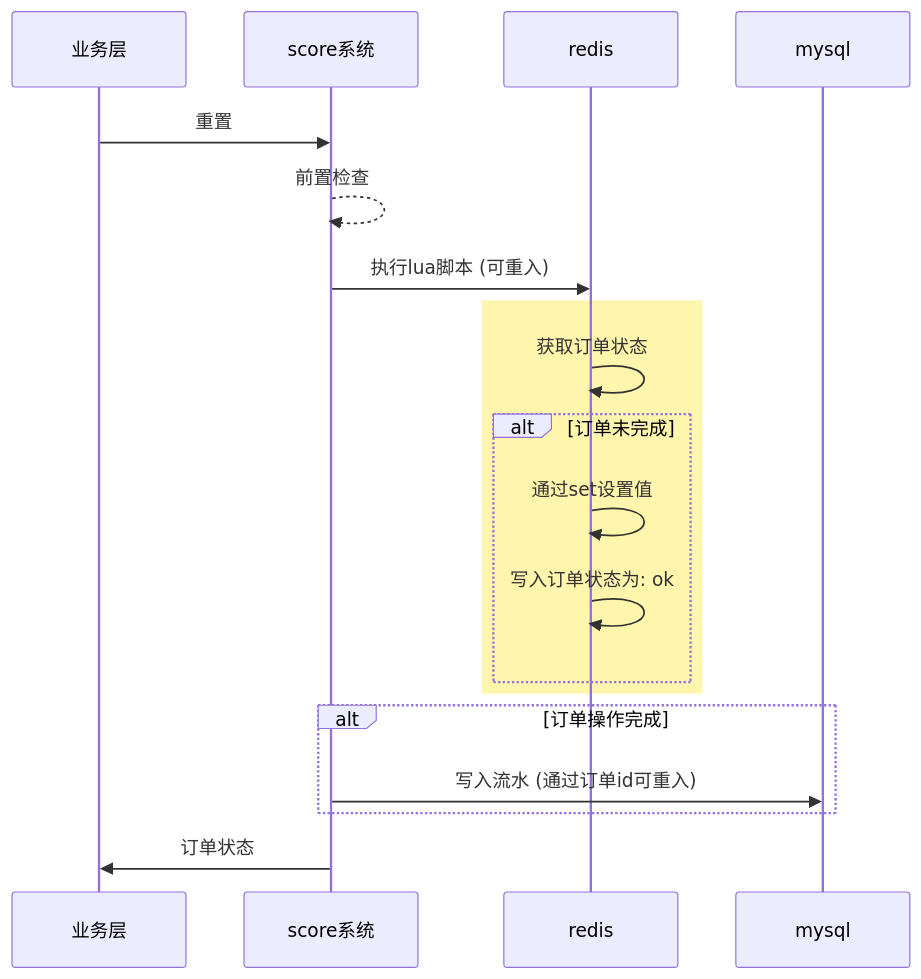
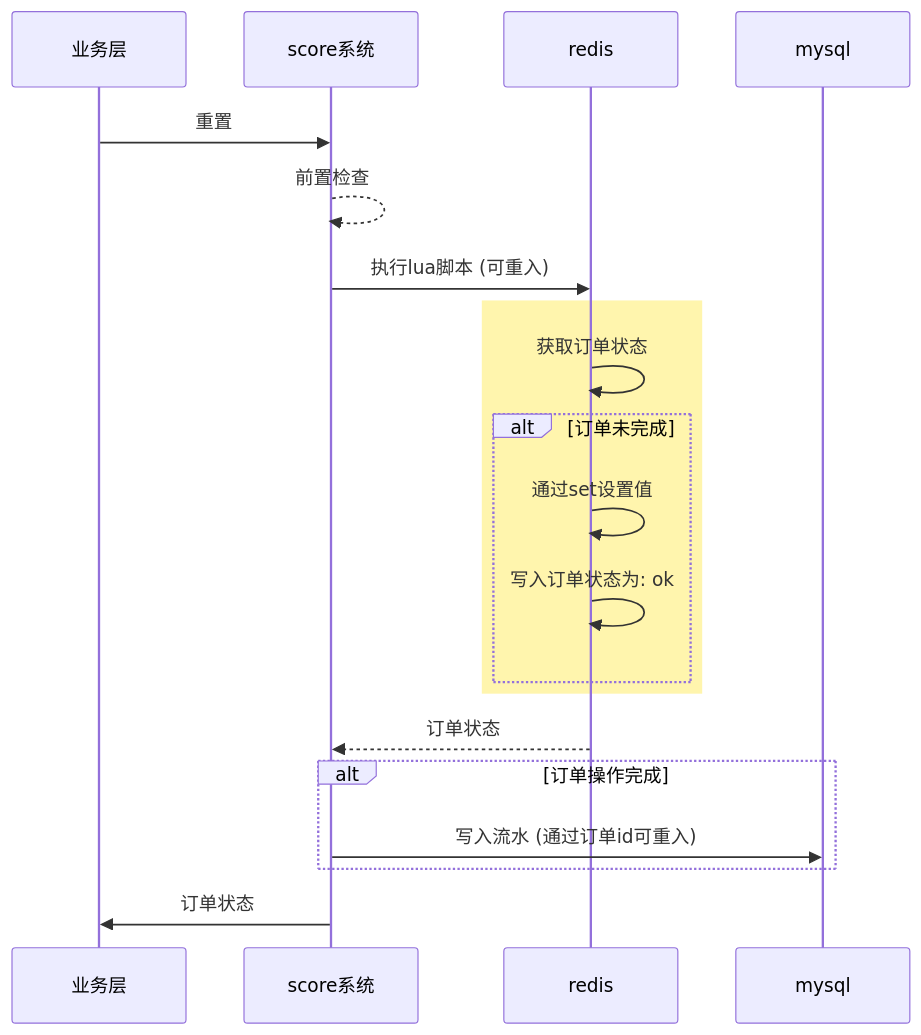
Before and after one commit to zlyuancn/score: the second of 2 diagrams in readme.md, drawn with Mermaid. The commit also changed other lines of this file and 16 other files, not shown here.

````diff
--- a/readme.md
+++ b/readme.md
@@ -200,23 +202,24 @@
 ```mermaid
 sequenceDiagram
 participant a as 业务层
 participant b as score系统
 participant c as redis
 participant d as mysql
 
 a->>b: 重置
 b-->>b: 前置检查
 b->>c: 执行lua脚本 (可重入)
 rect rgb(255, 245, 173)
   c->>c: 获取订单状态
   alt 订单未完成
     c->>c: 通过set设置值
     c->>c: 写入订单状态为: ok
   end
 end
+c-->>b: 订单状态
 
 alt 订单操作完成
     b->>d: 写入流水 (通过订单id可重入)
 end
 b->>a: 订单状态
 ```
````
